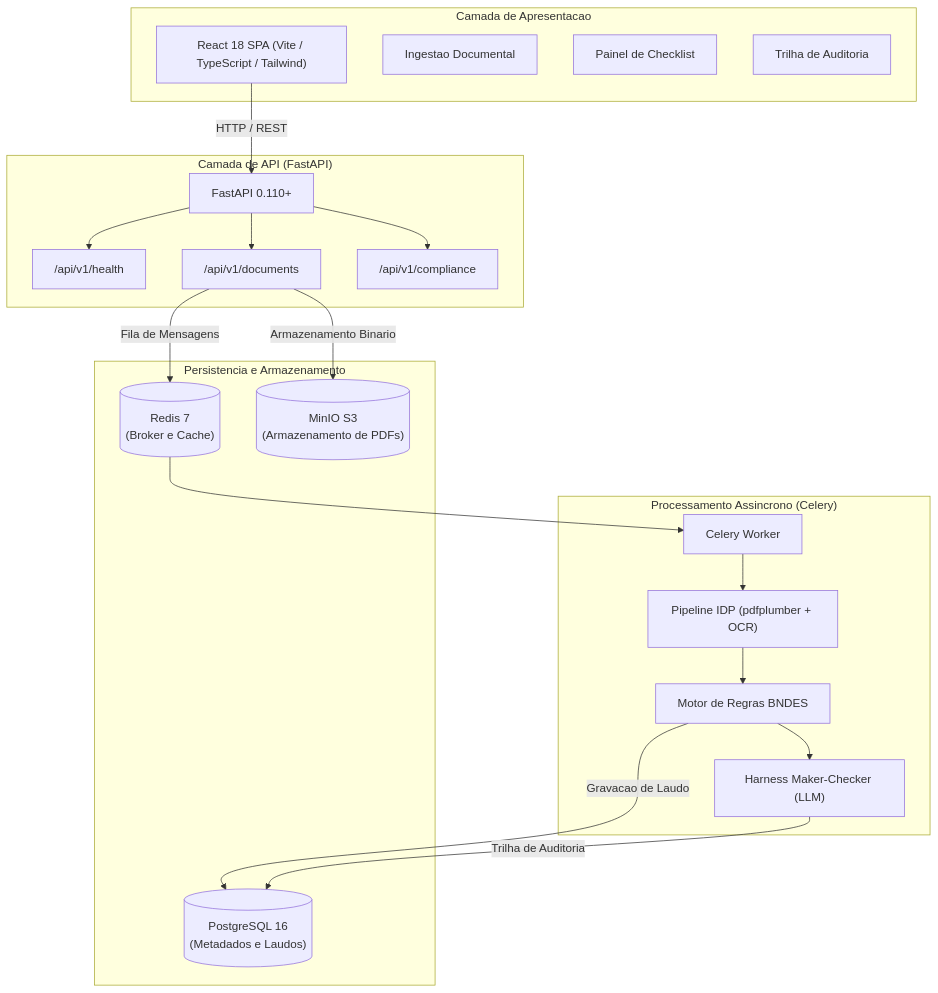
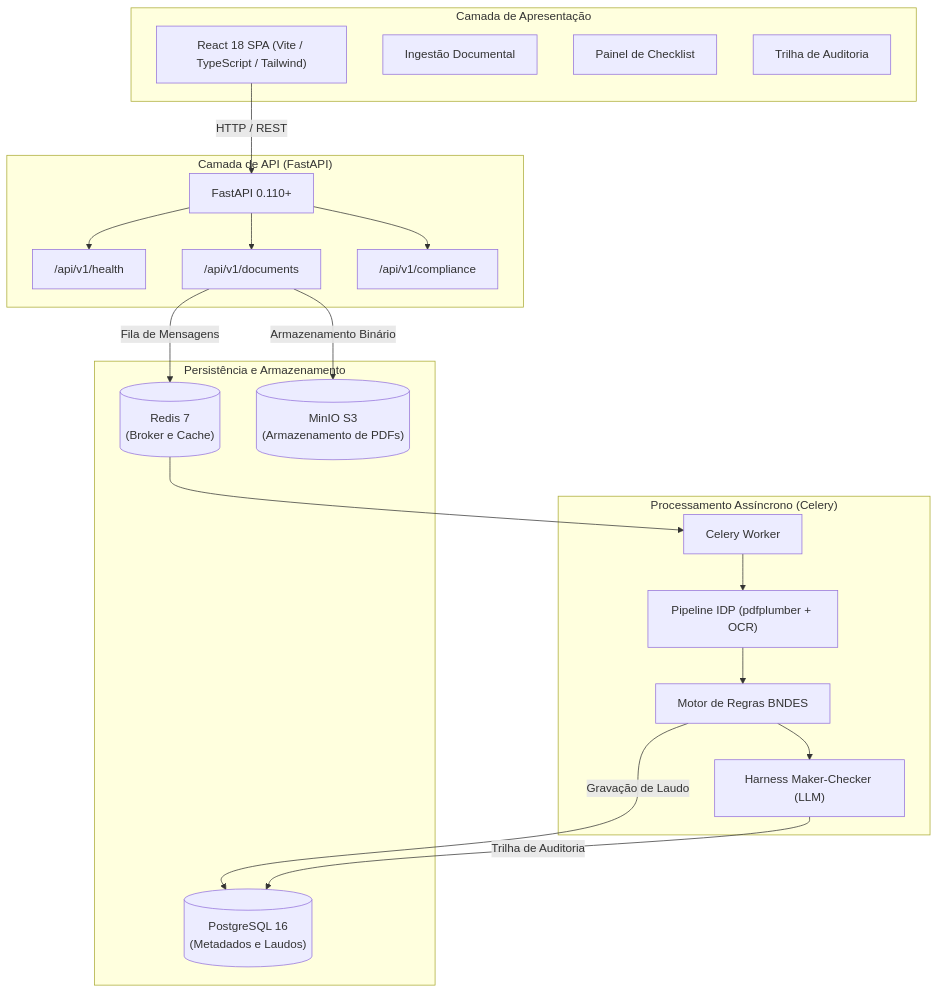
One commit to conformia-bndes/conformia-platform changed the diagram in README.md. Above: the diagram before and after it, drawn with Mermaid. The commit also changed other lines of this file and 17 other files, not shown here.

````diff
--- a/README.md
+++ b/README.md
@@ -44,38 +44,38 @@
 ```mermaid
 flowchart TD
-    subgraph Frontend["Camada de Apresentacao"]
+    subgraph Frontend["Camada de Apresentação"]
         UI["React 18 SPA (Vite / TypeScript / Tailwind)"]
-        UI_Upload["Ingestao Documental"]
+        UI_Upload["Ingestão Documental"]
         UI_Checklist["Painel de Checklist"]
         UI_Audit["Trilha de Auditoria"]
     end
 
     subgraph API_Gateway["Camada de API (FastAPI)"]
         API["FastAPI 0.110+"]
         Route_Health["/api/v1/health"]
         Route_Docs["/api/v1/documents"]
         Route_Comp["/api/v1/compliance"]
     end
 
-    subgraph Worker_Tier["Processamento Assincrono (Celery)"]
+    subgraph Worker_Tier["Processamento Assíncrono (Celery)"]
         Worker["Celery Worker"]
         IDP["Pipeline IDP (pdfplumber + OCR)"]
         Rules["Motor de Regras BNDES"]
         Harness["Harness Maker-Checker (LLM)"]
     end
 
-    subgraph Storage["Persistencia e Armazenamento"]
+    subgraph Storage["Persistência e Armazenamento"]
         Postgres[("PostgreSQL 16\n(Metadados e Laudos)")]
         Redis[("Redis 7\n(Broker e Cache)")]
         MinIO[("MinIO S3\n(Armazenamento de PDFs)")]
     end
 
     UI -->|HTTP / REST| API
     API --> Route_Health & Route_Docs & Route_Comp
-    Route_Docs -->|Armazenamento Binario| MinIO
+    Route_Docs -->|Armazenamento Binário| MinIO
     Route_Docs -->|Fila de Mensagens| Redis
     Redis --> Worker
     Worker --> IDP --> Rules --> Harness
-    Rules -->|Gravacao de Laudo| Postgres
+    Rules -->|Gravação de Laudo| Postgres
     Harness -->|Trilha de Auditoria| Postgres
 ```
````
